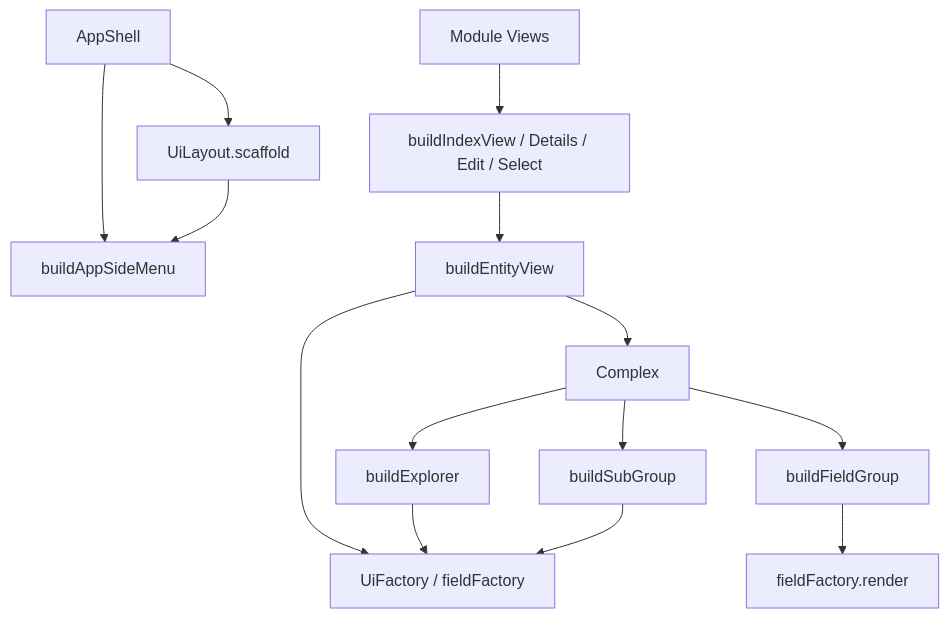
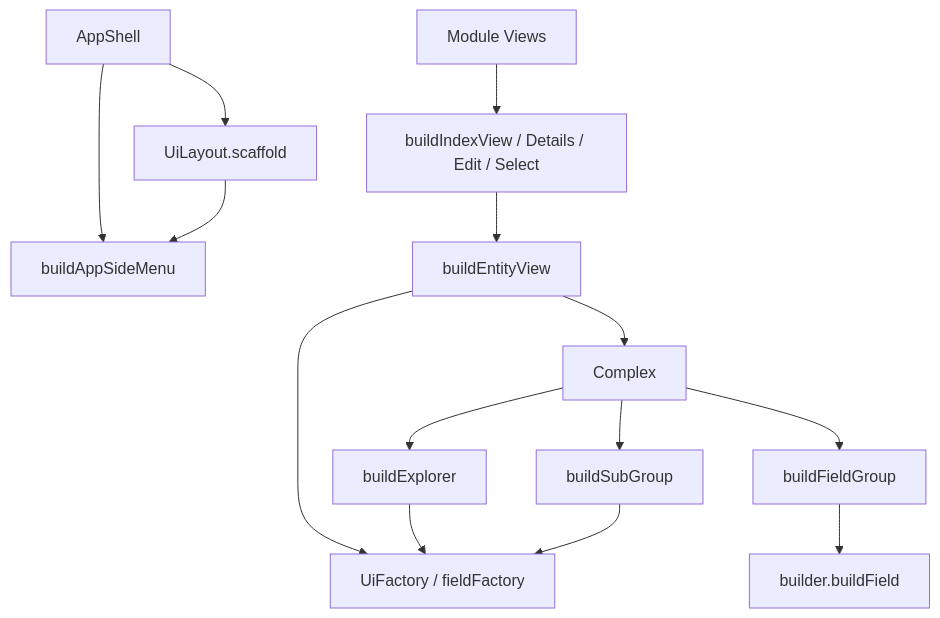
One commit to Roy7611/mmda-vue changed the diagram in packages/core/docs/ui/ui_four_roles_design.md. Above: the diagram before and after it, drawn with Mermaid. The commit also changed other lines of this file and 467 other files, not shown here.

````diff
--- a/packages/core/docs/ui/ui_four_roles_design.md
+++ b/packages/core/docs/ui/ui_four_roles_design.md
@@ -32,20 +32,20 @@
 ```mermaid
 flowchart TB
   app[AppShell]
   mod[Module Views]
   cx[Complex]
   fact[UiFactory / fieldFactory]
   app --> layoutApp[UiLayout.scaffold]
   app --> side[buildAppSideMenu]
   layoutApp --> side
   mod --> named["buildIndexView / Details / Edit / Select"]
   named --> entity[buildEntityView]
   entity --> cx
   entity --> fact
   cx --> ex[buildExplorer]
   cx --> grp[buildFieldGroup]
   cx --> sub[buildSubGroup]
   ex --> fact
-  grp --> fld[fieldFactory.render]
+  grp --> fld[builder.buildField]
   sub --> fact
 ```
````
